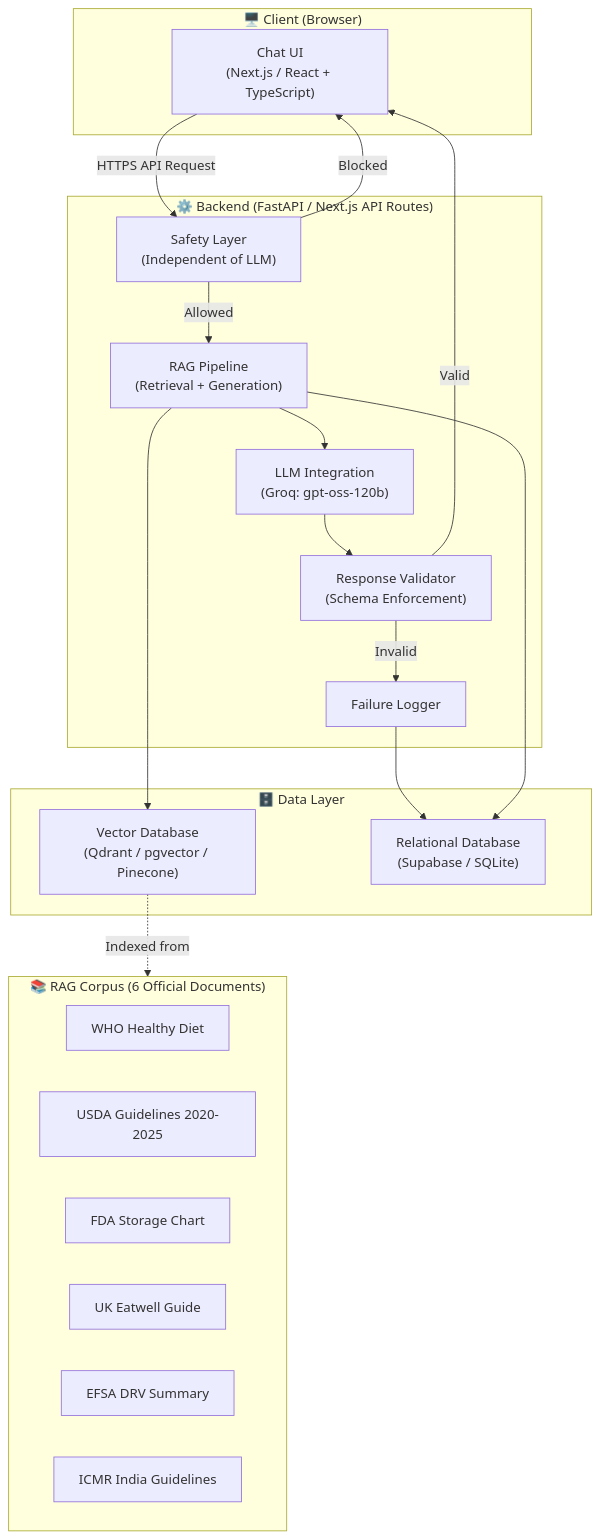
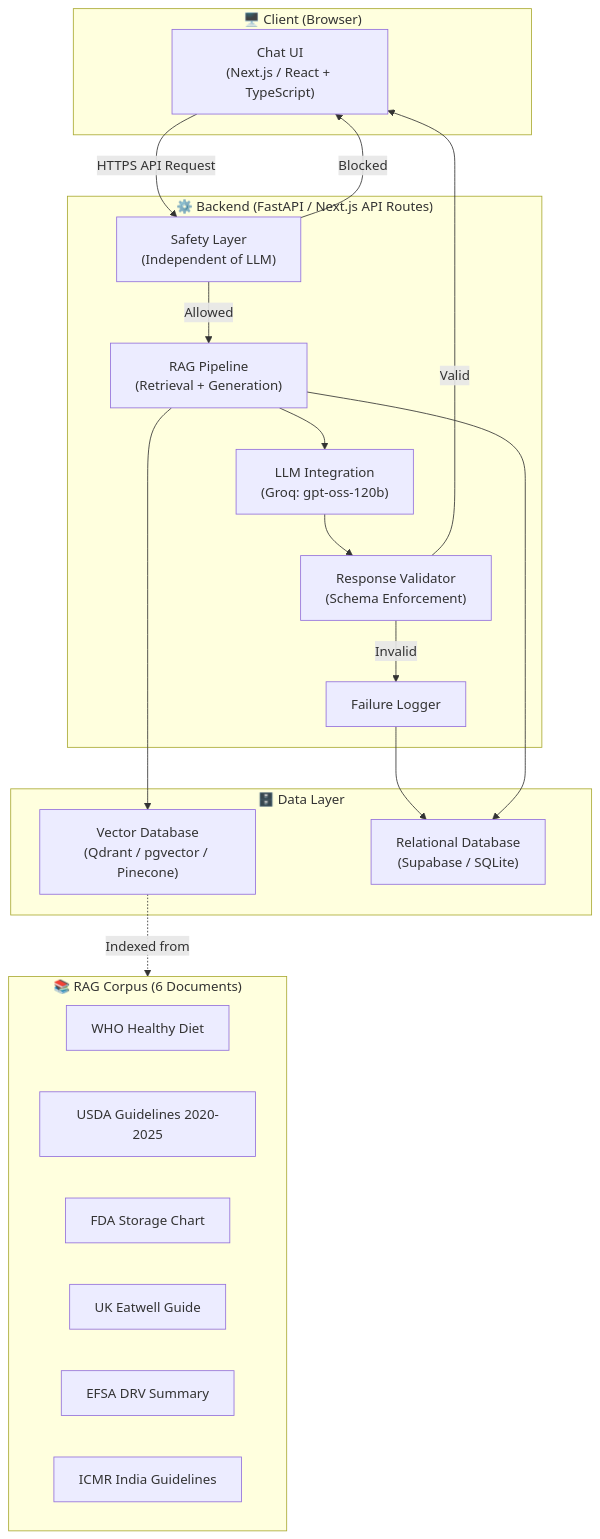
Before and after one commit to hardasprachti/RAG_NutriAssist_final: the first of 12 diagrams in docs/Architecture.md, drawn with Mermaid. The commit also changed other lines of this file and 30 other files, not shown here.

First line of the commit message:
Add two supplementary documents, unify decline message, drop "official" wording

````diff
--- a/docs/Architecture.md
+++ b/docs/Architecture.md
@@ -32,40 +32,40 @@
 ```mermaid
 graph TB
     subgraph Client["🖥️ Client (Browser)"]
         UI["Chat UI\n(Next.js / React + TypeScript)"]
     end
 
     subgraph Backend["⚙️ Backend (FastAPI / Next.js API Routes)"]
         SAFE["Safety Layer\n(Independent of LLM)"]
         RAG["RAG Pipeline\n(Retrieval + Generation)"]
         VAL["Response Validator\n(Schema Enforcement)"]
         LOG["Failure Logger"]
         LLM_INT["LLM Integration\n(Groq: gpt-oss-120b)"]
     end
 
     subgraph Data["🗄️ Data Layer"]
         VDB["Vector Database\n(Qdrant / pgvector / Pinecone)"]
         DB["Relational Database\n(Supabase / SQLite)"]
     end
 
-    subgraph Corpus["📚 RAG Corpus (6 Official Documents)"]
+    subgraph Corpus["📚 RAG Corpus (6 Documents)"]
         DOC1["WHO Healthy Diet"]
         DOC2["USDA Guidelines 2020-2025"]
         DOC3["FDA Storage Chart"]
         DOC4["UK Eatwell Guide"]
         DOC5["EFSA DRV Summary"]
         DOC6["ICMR India Guidelines"]
     end
 
     UI -- "HTTPS API Request" --> SAFE
     SAFE -- "Allowed" --> RAG
     SAFE -- "Blocked" --> UI
     RAG --> VDB
     RAG --> LLM_INT
     LLM_INT --> VAL
     VAL -- "Valid" --> UI
     VAL -- "Invalid" --> LOG
     LOG --> DB
     RAG --> DB
     VDB -.->|"Indexed from"| Corpus
 ```
````
